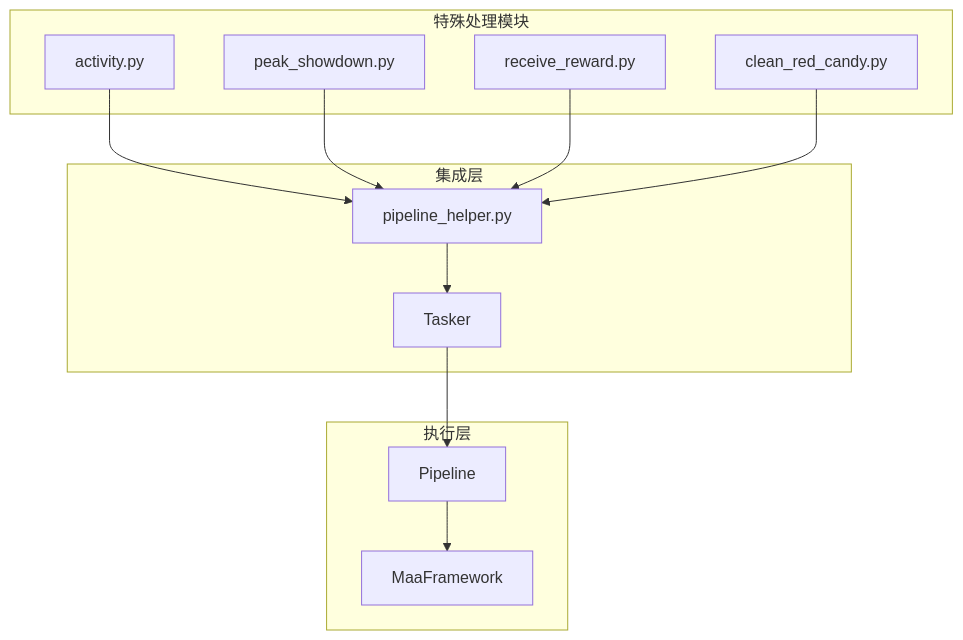
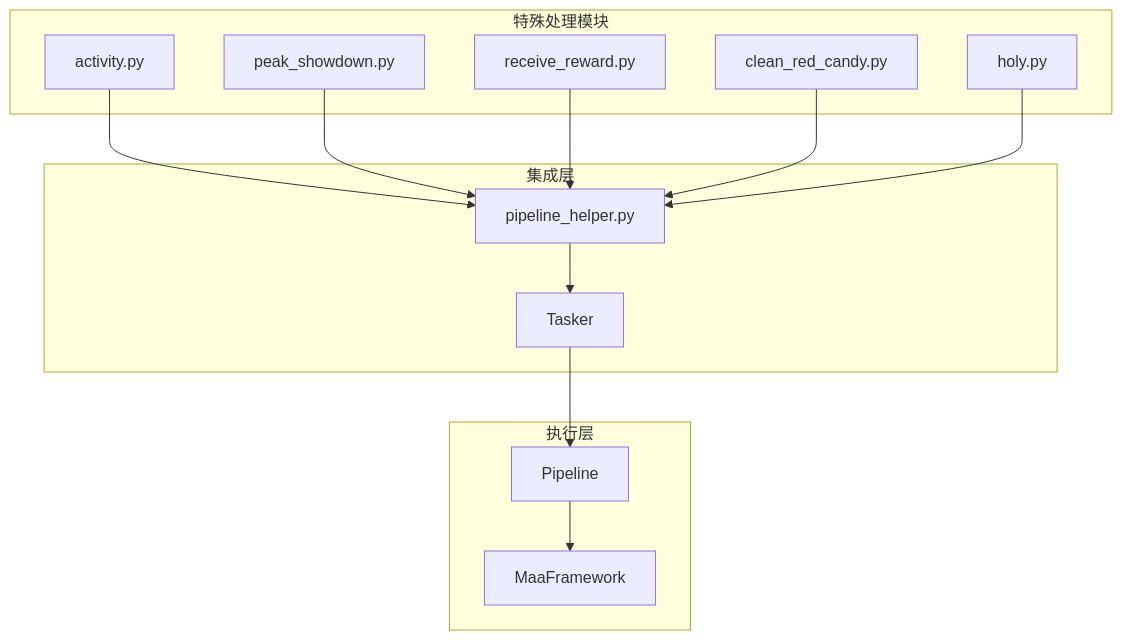
The ninth of 9 diagrams in .qoder/repowiki/zh/content/开发者指南/自定义模块开发/特殊处理模块实现分析/特殊处理模块实现分析.md (kqcoxn/MaaDuDuL), drawn with Mermaid before and after one commit. The commit also changed other lines of this file and 12 other files, not shown here.

````diff
--- a/.qoder/repowiki/zh/content/开发者指南/自定义模块开发/特殊处理模块实现分析/特殊处理模块实现分析.md
+++ b/.qoder/repowiki/zh/content/开发者指南/自定义模块开发/特殊处理模块实现分析/特殊处理模块实现分析.md
@@ -352,24 +422,26 @@
 ```mermaid
 graph TB
 subgraph "特殊处理模块"
 A[activity.py]
 B[peak_showdown.py]
 C[receive_reward.py]
 D[clean_red_candy.py]
+E[holy.py]
 end
 subgraph "集成层"
-E[pipeline_helper.py]
-F[Tasker]
+F[pipeline_helper.py]
+G[Tasker]
 end
 subgraph "执行层"
-G[Pipeline]
-H[MaaFramework]
+H[Pipeline]
+I[MaaFramework]
 end
-A --> E
-B --> E
-C --> E
-D --> E
+A --> F
+B --> F
+C --> F
+D --> F
 E --> F
 F --> G
 G --> H
+H --> I
 ```
````
